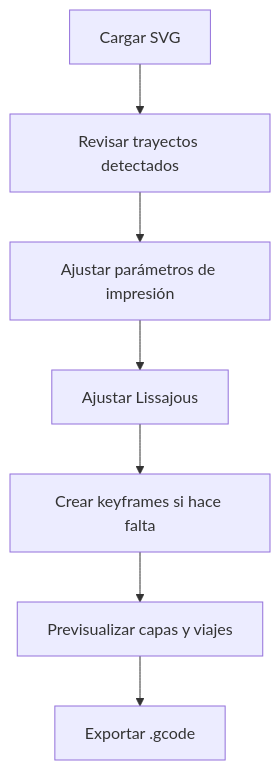
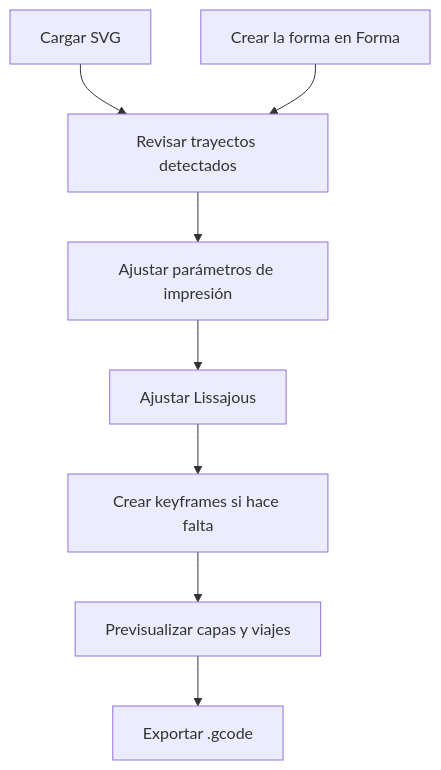
The diagram in docs/usage.md (Cranmellar/barrocode), drawn with Mermaid before and after one commit. The commit also changed other lines of this file and 10 other files, not shown here.

````diff
--- a/docs/usage.md
+++ b/docs/usage.md
@@ -7,9 +7,10 @@
 ```mermaid
 flowchart TD
   A["Cargar SVG"] --> B["Revisar trayectos detectados"]
+  F0["Crear la forma en Forma"] --> B
   B --> C["Ajustar parámetros de impresión"]
   C --> D["Ajustar Lissajous"]
   D --> E["Crear keyframes si hace falta"]
   E --> F["Previsualizar capas y viajes"]
   F --> G["Exportar .gcode"]
 ```
````
